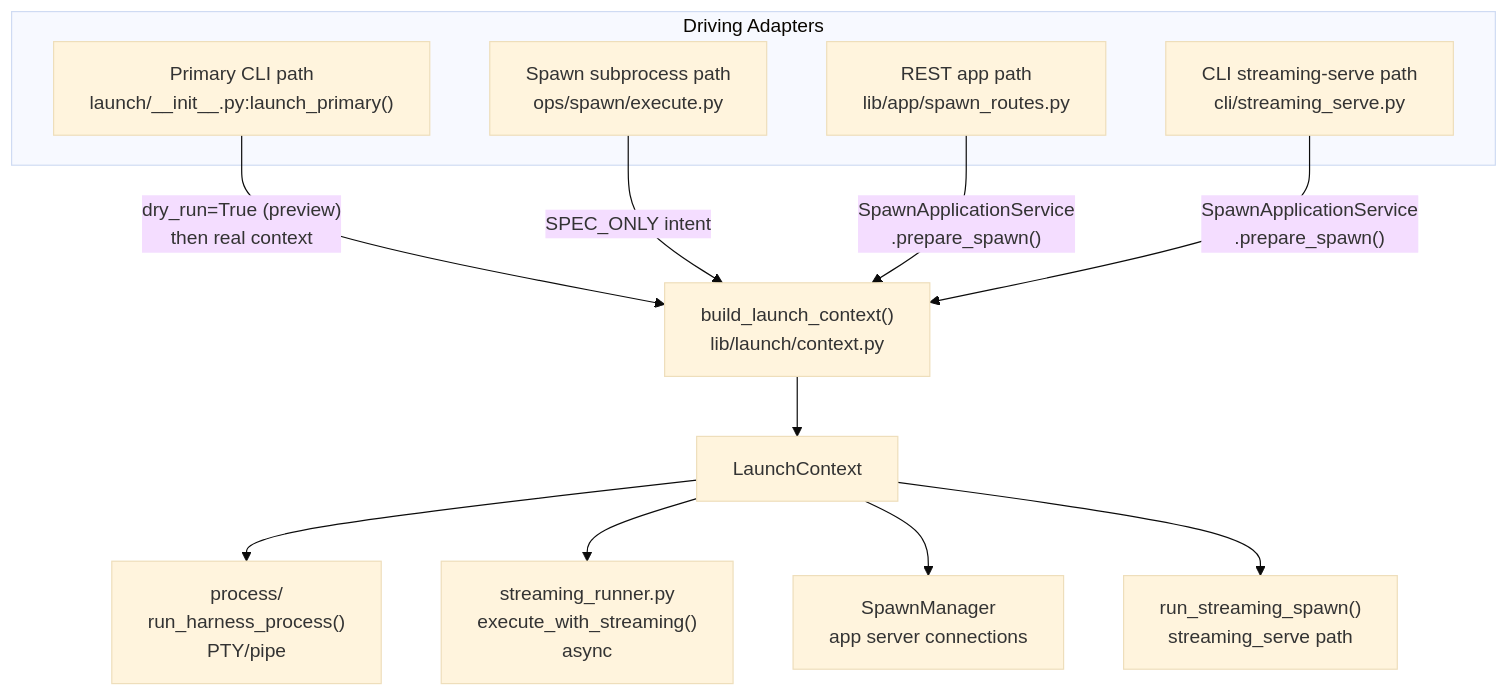
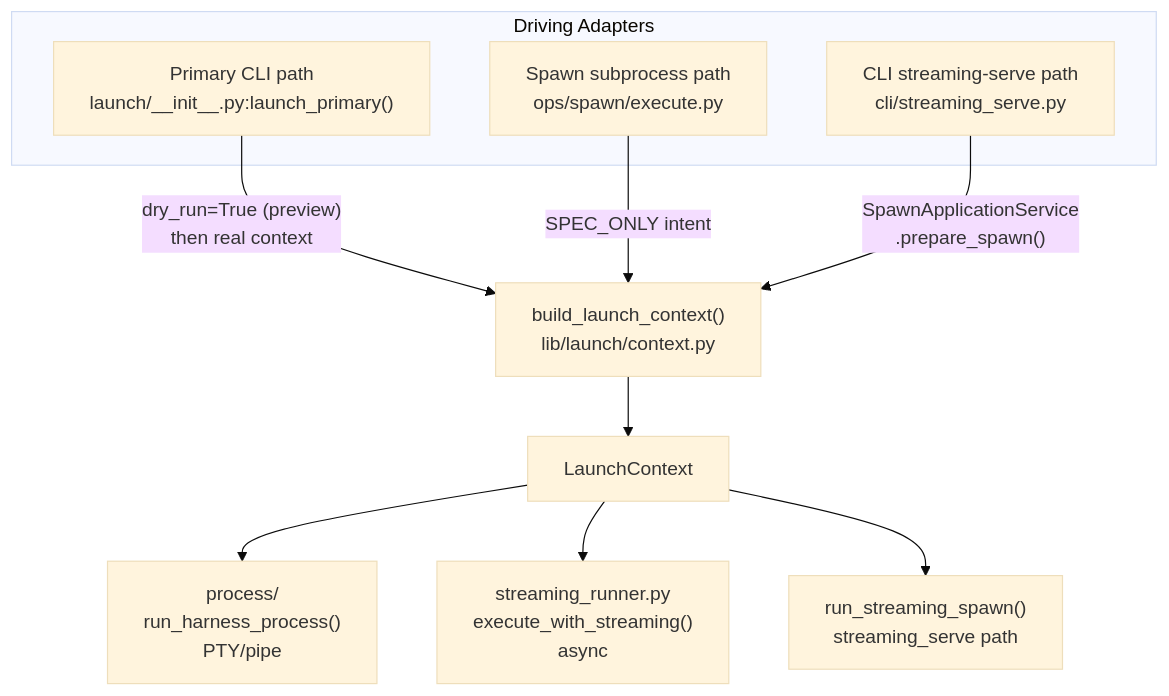
The second of 2 diagrams in kb/architecture/launch-system.md (haowjy/meridian-cli-kb), drawn with Mermaid (base theme) before and after one commit. The commit also changed other lines of this file and 19 other files, not shown here.

````diff
--- a/kb/architecture/launch-system.md
+++ b/kb/architecture/launch-system.md
@@ -166,23 +166,20 @@
 ```mermaid
 graph TD
     subgraph "Driving Adapters"
         PRI["Primary CLI path\nlaunch/__init__.py:launch_primary()"]
         SPAWN["Spawn subprocess path\nops/spawn/execute.py"]
-        REST["REST app path\nlib/app/spawn_routes.py"]
         SERVE["CLI streaming-serve path\ncli/streaming_serve.py"]
     end
 
     FACTORY["build_launch_context()\nlib/launch/context.py"]
 
     PRI -->|"dry_run=True (preview)\nthen real context"| FACTORY
     SPAWN -->|"SPEC_ONLY intent"| FACTORY
-    REST -->|"SpawnApplicationService\n.prepare_spawn()"| FACTORY
     SERVE -->|"SpawnApplicationService\n.prepare_spawn()"| FACTORY
 
     FACTORY --> LC["LaunchContext"]
 
     LC --> PROC["process/\nrun_harness_process()\nPTY/pipe"]
     LC --> STREAM["streaming_runner.py\nexecute_with_streaming()\nasync"]
-    LC --> MGR["SpawnManager\napp server connections"]
     LC --> RSTREAM["run_streaming_spawn()\nstreaming_serve path"]
 ```
````
